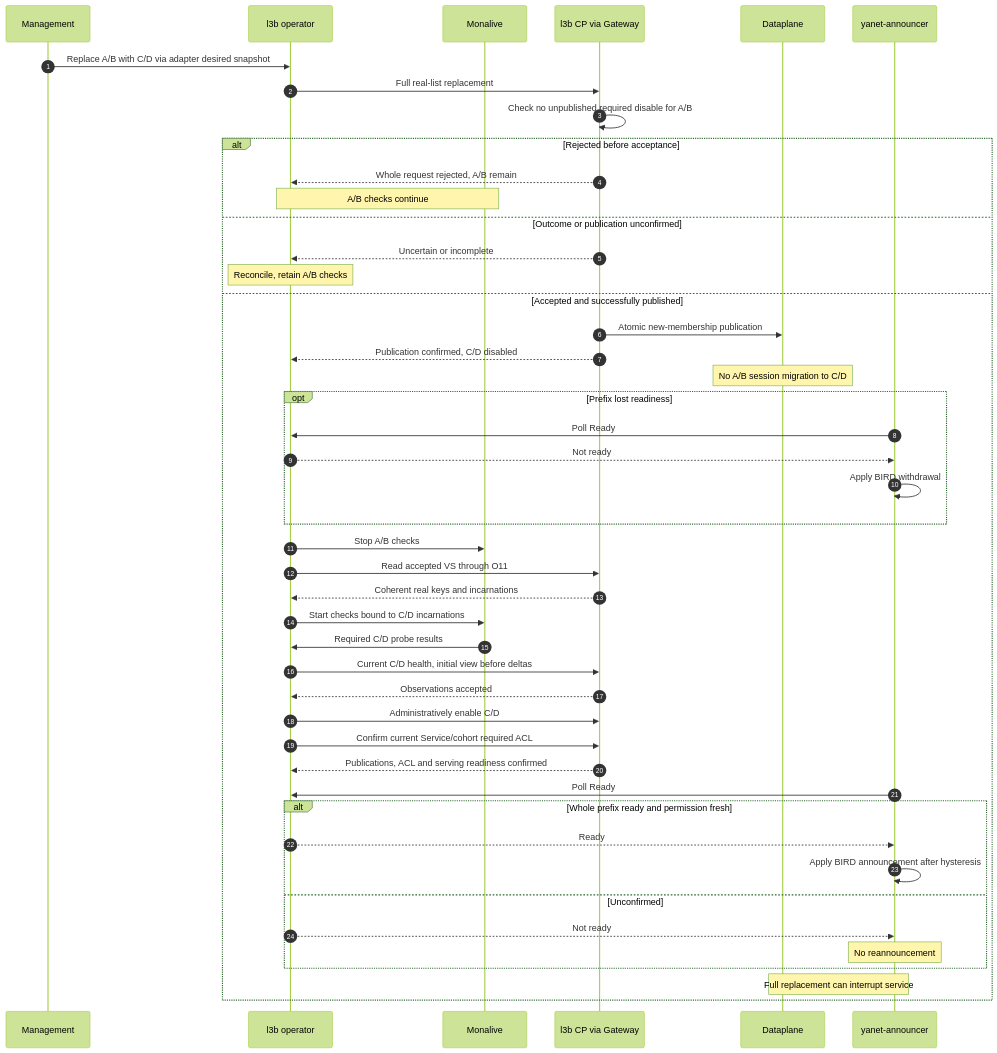
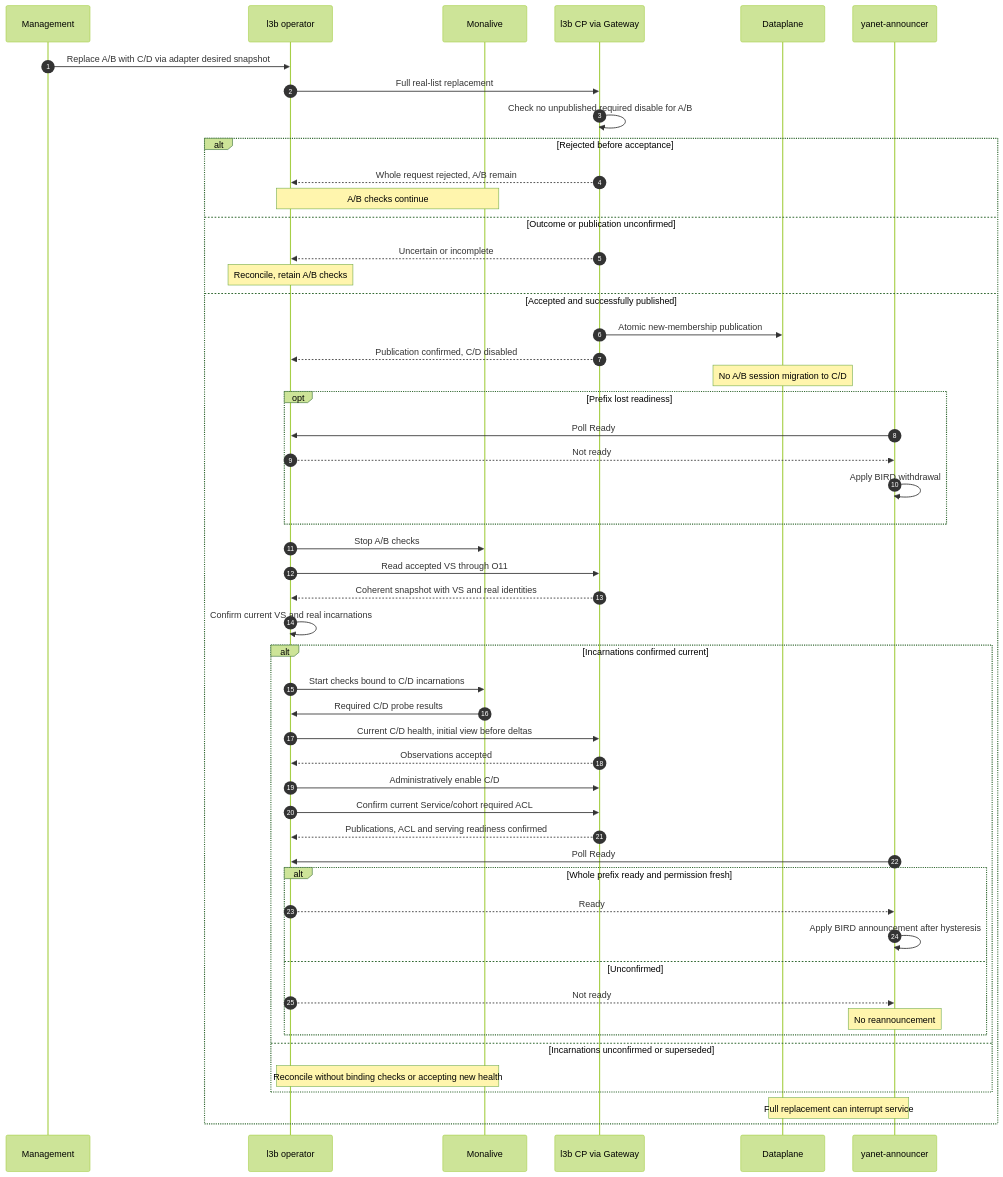
One commit to yanet-platform/yanet2 changed the fifth of 6 diagrams in docs/l3b-operator-overview.md. Above: the diagram before and after it, drawn with Mermaid (forest theme). The commit also changed other lines of this file and 3 other files, not shown here.

````diff
--- a/docs/l3b-operator-overview.md
+++ b/docs/l3b-operator-overview.md
@@ -464,48 +474,53 @@
 ```mermaid
 sequenceDiagram
     autonumber
     participant M as Management
     participant O as l3b operator
     participant H as Monalive
     participant C as l3b CP via Gateway
     participant W as Dataplane
     participant N as yanet-announcer
     M->>O: Replace A/B with C/D via adapter desired snapshot
     O->>C: Full real-list replacement
     C->>C: Check no unpublished required disable for A/B
     alt Rejected before acceptance
         C-->>O: Whole request rejected, A/B remain
         Note over O,H: A/B checks continue
     else Outcome or publication unconfirmed
         C-->>O: Uncertain or incomplete
         Note over O: Reconcile, retain A/B checks
     else Accepted and successfully published
         C->>W: Atomic new-membership publication
         C-->>O: Publication confirmed, C/D disabled
         Note over W: No A/B session migration to C/D
         opt Prefix lost readiness
             N->>O: Poll Ready
             O-->>N: Not ready
             N->>N: Apply BIRD withdrawal
         end
         O->>H: Stop A/B checks
         O->>C: Read accepted VS through O11
-        C-->>O: Coherent real keys and incarnations
-        O->>H: Start checks bound to C/D incarnations
-        H->>O: Required C/D probe results
-        O->>C: Current C/D health, initial view before deltas
-        C-->>O: Observations accepted
-        O->>C: Administratively enable C/D
-        O->>C: Confirm current Service/cohort required ACL
-        C-->>O: Publications, ACL and serving readiness confirmed
-        N->>O: Poll Ready
-        alt Whole prefix ready and permission fresh
-            O-->>N: Ready
-            N->>N: Apply BIRD announcement after hysteresis
-        else Unconfirmed
-            O-->>N: Not ready
-            Note over N: No reannouncement
+        C-->>O: Coherent snapshot with VS and real identities
+        O->>O: Confirm current VS and real incarnations
+        alt Incarnations confirmed current
+            O->>H: Start checks bound to C/D incarnations
+            H->>O: Required C/D probe results
+            O->>C: Current C/D health, initial view before deltas
+            C-->>O: Observations accepted
+            O->>C: Administratively enable C/D
+            O->>C: Confirm current Service/cohort required ACL
+            C-->>O: Publications, ACL and serving readiness confirmed
+            N->>O: Poll Ready
+            alt Whole prefix ready and permission fresh
+                O-->>N: Ready
+                N->>N: Apply BIRD announcement after hysteresis
+            else Unconfirmed
+                O-->>N: Not ready
+                Note over N: No reannouncement
+            end
+        else Incarnations unconfirmed or superseded
+            Note over O,H: Reconcile without binding checks or accepting new health
         end
         Note over W,N: Full replacement can interrupt service
     end
 ```
````
